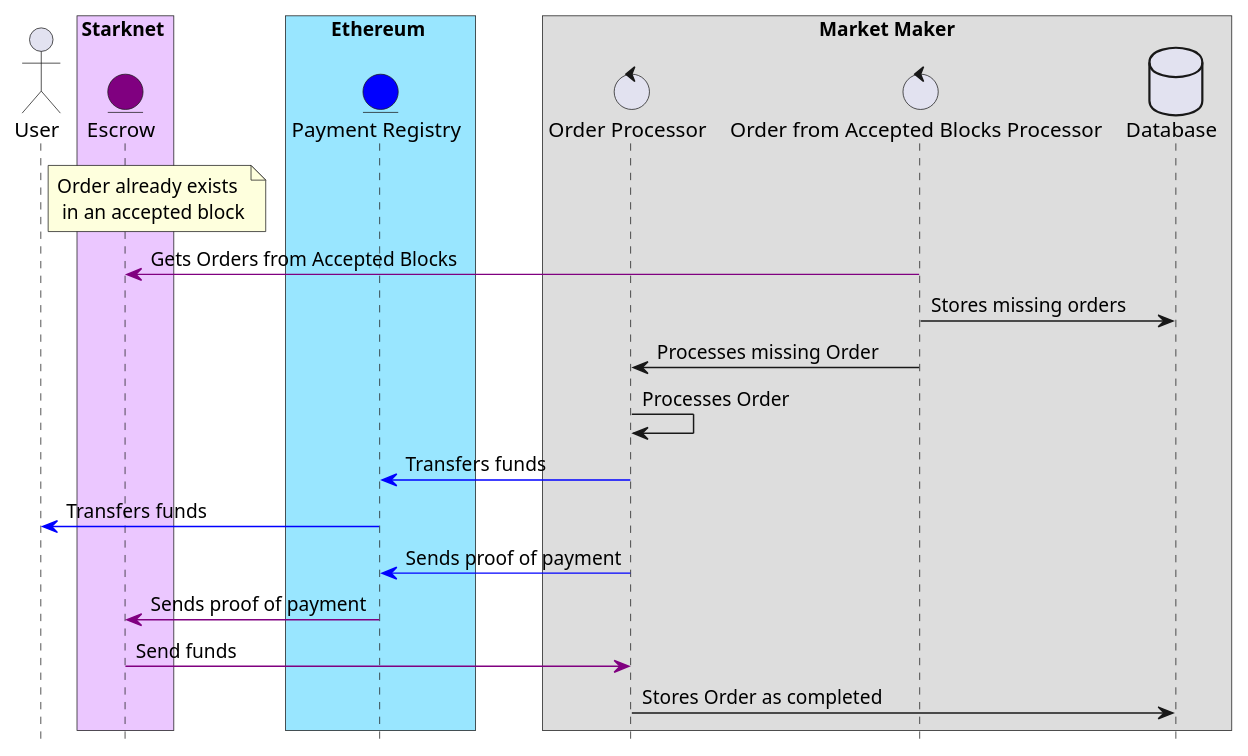
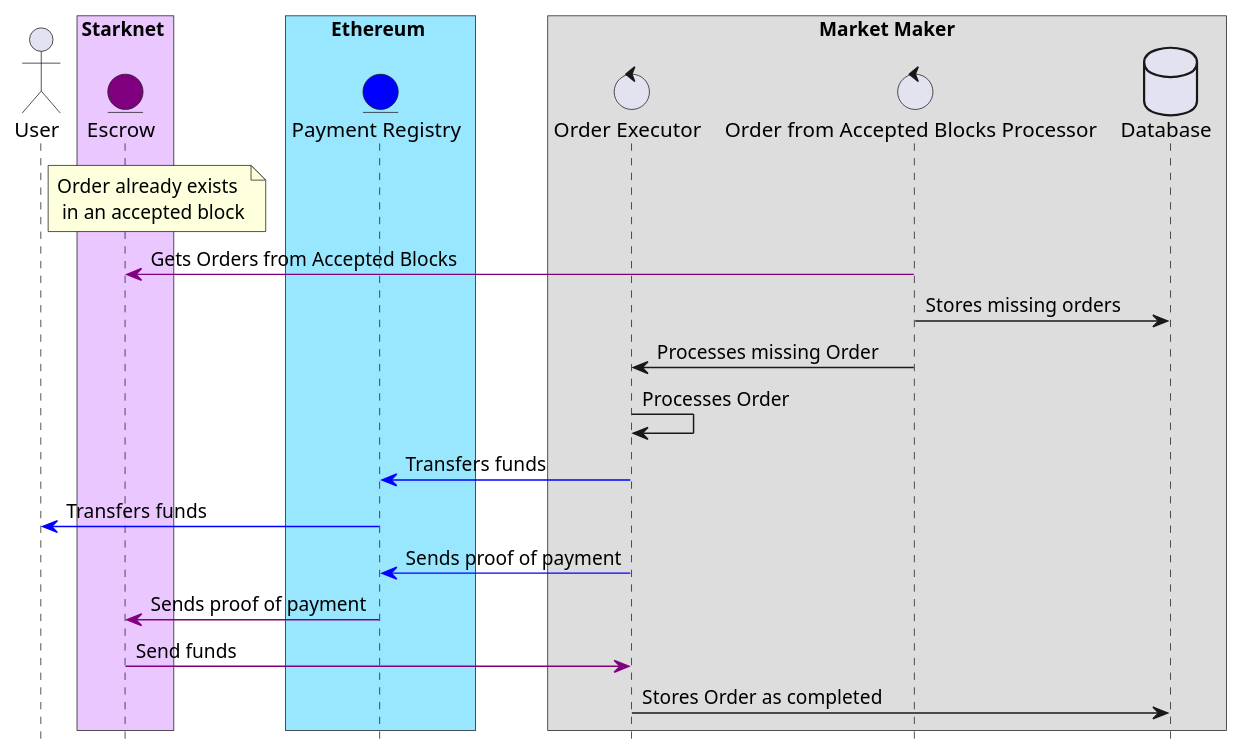
Before and after one commit to yetanotherco/yet-another-bridge: the diagram in docs/mm_bot/diagrams/accepted_blocks.puml, drawn with PlantUML. The commit also changed 6 other files, not shown here.

```diff
--- a/docs/mm_bot/diagrams/accepted_blocks.puml
+++ b/docs/mm_bot/diagrams/accepted_blocks.puml
@@ -1,31 +1,31 @@
 @startuml
 hide footbox
 actor User as U
 box Starknet #ebc7ff
 entity Escrow as E #purple
 end box
 box Ethereum #99e6ff
 entity "Payment Registry" as PR #blue
 end box
 box "Market Maker"
-control "Order Processor" as OP
+control "Order Executor" as OP
 control "Order from Accepted Blocks Processor" as ABP
 database Database
 end box
 
 note right of U
     Order already exists
      in an accepted block
 end note
 ABP -[#purple]> E : Gets Orders from Accepted Blocks
 ABP -> Database : Stores missing orders
 ABP -> OP : Processes missing Order
 OP -> OP : Processes Order
 OP -[#blue]> PR : Transfers funds
 PR -[#blue]> U: Transfers funds
 OP -[#blue]> PR : Sends proof of payment
 PR -[#purple]> E : Sends proof of payment
 E -[#purple]> OP : Send funds
 OP -> Database : Stores Order as completed
 
 @enduml
```
